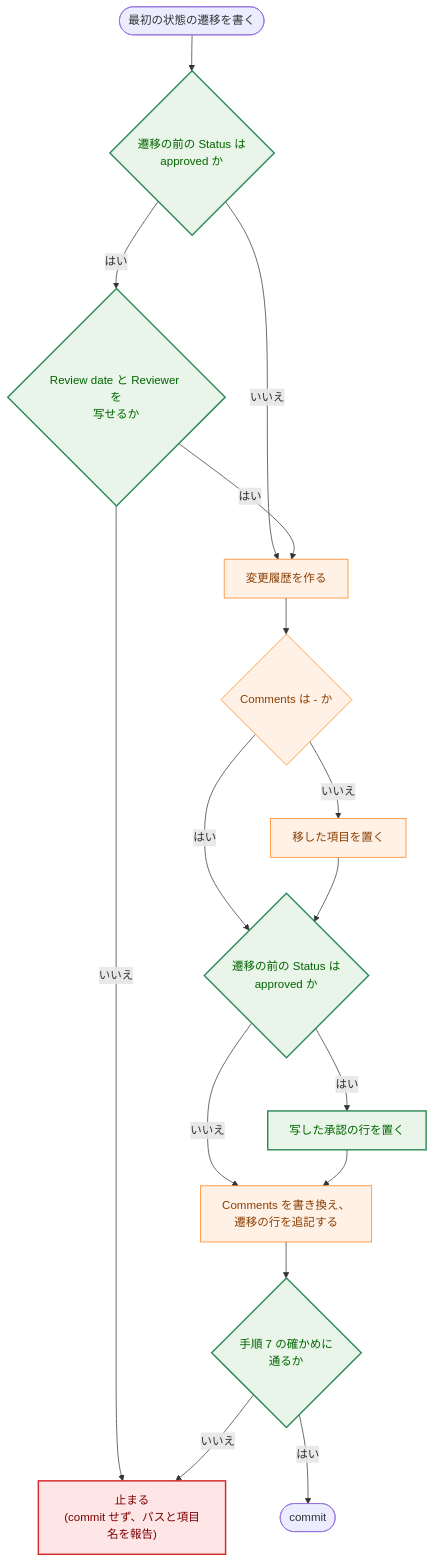
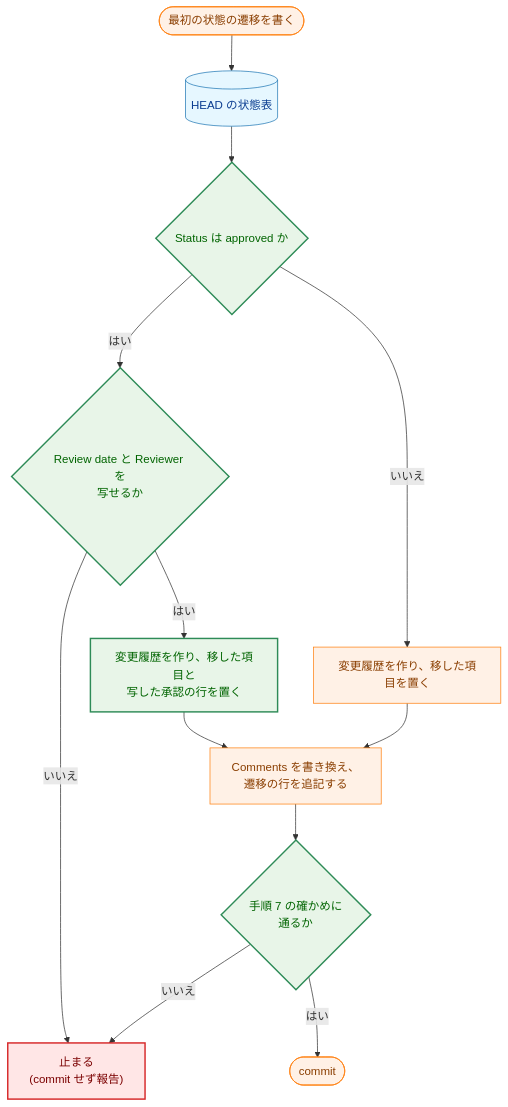
The seventh of 9 diagrams in docs/tasks/0056_legacy_approval_history/02_architecture.md (isseis/yt2column), drawn with Mermaid before and after one commit. The commit also changed other lines of this file, not shown here.

First line of the commit message:
docs(0056): address the architecture and prose reviews

````diff
--- a/docs/tasks/0056_legacy_approval_history/02_architecture.md
+++ b/docs/tasks/0056_legacy_approval_history/02_architecture.md
@@ -359,39 +369,35 @@
 ```mermaid
 flowchart TD
+    classDef data fill:#e6f7ff,stroke:#1f77b4,stroke-width:1px,color:#0b3d91;
     classDef enhanced fill:#e8f5e8,stroke:#2e8b57,stroke-width:2px,color:#006400;
     classDef process fill:#fff1e6,stroke:#ff7f0e,stroke-width:1px,color:#8a3e00;
     classDef problem fill:#ffe6e6,stroke:#d62728,stroke-width:2px,color:#7b0000;
 
     START(["最初の状態の遷移を書く"])
-    APPROVED{"遷移の前の Status は<br>approved か"}
+    HEADTABLE[("HEAD の状態表")]
+    APPROVED{"Status は approved か"}
     COPYABLE{"Review date と Reviewer を<br>写せるか"}
-    STOP["止まる<br>(commit せず、パスと項目名を報告)"]
-    CREATE["変更履歴を作る"]
-    HASCOMMENTS{"Comments は - か"}
-    MIGRATE["移した項目を置く"]
-    APPROVED2{"遷移の前の Status は<br>approved か"}
-    COPY["写した承認の行を置く"]
+    WITHCOPY["変更履歴を作り、移した項目と<br>写した承認の行を置く"]
+    NOCOPY["変更履歴を作り、移した項目を置く"]
     REWRITE["Comments を書き換え、<br>遷移の行を追記する"]
     CHECK{"手順 7 の確かめに<br>通るか"}
+    STOP["止まる<br>(commit せず報告)"]
     COMMIT(["commit"])
 
-    START --> APPROVED
+    START --> HEADTABLE
+    HEADTABLE --> APPROVED
     APPROVED -->|"はい"| COPYABLE
-    APPROVED -->|"いいえ"| CREATE
+    APPROVED -->|"いいえ"| NOCOPY
     COPYABLE -->|"いいえ"| STOP
-    COPYABLE -->|"はい"| CREATE
-    CREATE --> HASCOMMENTS
-    HASCOMMENTS -->|"いいえ"| MIGRATE
-    HASCOMMENTS -->|"はい"| APPROVED2
-    MIGRATE --> APPROVED2
-    APPROVED2 -->|"はい"| COPY
-    APPROVED2 -->|"いいえ"| REWRITE
-    COPY --> REWRITE
+    COPYABLE -->|"はい"| WITHCOPY
+    WITHCOPY --> REWRITE
+    NOCOPY --> REWRITE
     REWRITE --> CHECK
     CHECK -->|"はい"| COMMIT
     CHECK -->|"いいえ"| STOP
 
-    class APPROVED,COPYABLE,COPY,APPROVED2,CHECK enhanced
-    class CREATE,HASCOMMENTS,MIGRATE,REWRITE process
+    class HEADTABLE data
+    class APPROVED,COPYABLE,WITHCOPY,CHECK enhanced
+    class START,NOCOPY,REWRITE,COMMIT process
     class STOP problem
 ```
````
